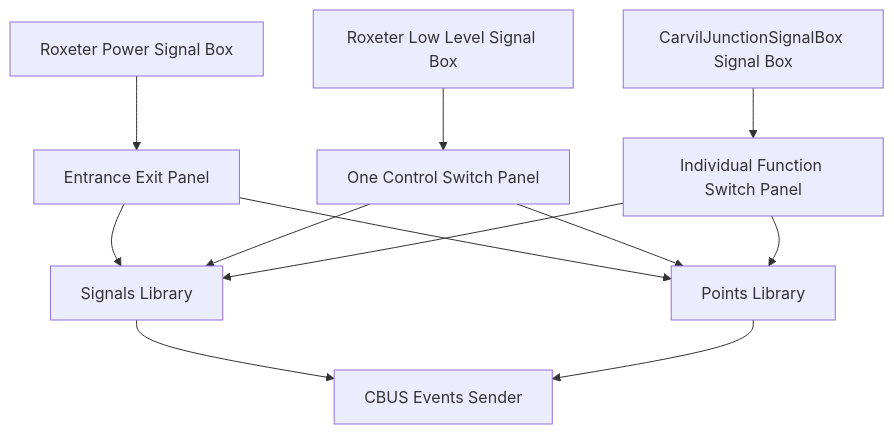
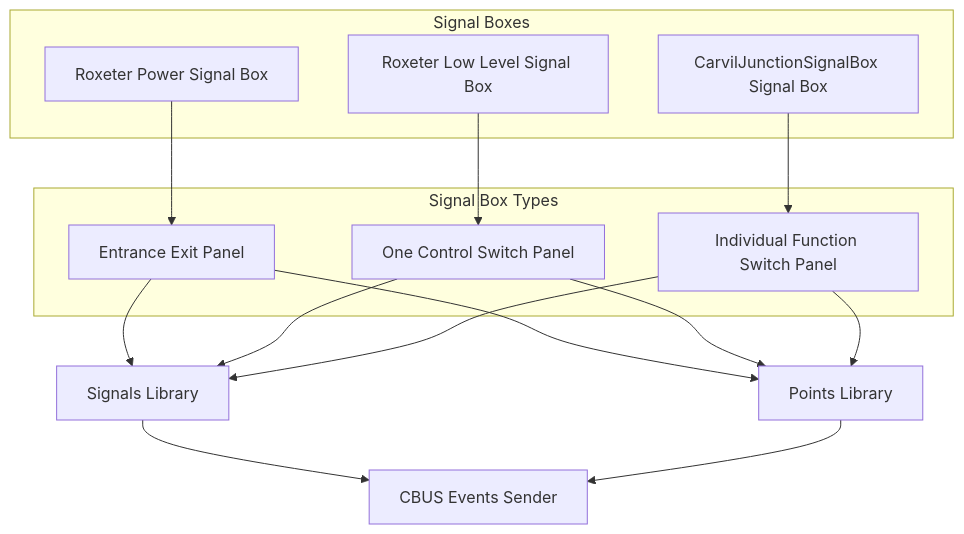
Before and after one commit to NickLocke/RoxeterModelRailway: the diagram in ArduinoLibraries/README.md, drawn with Mermaid.

Commit message:
Take two

```diff
--- a/ArduinoLibraries/README.md
+++ b/ArduinoLibraries/README.md
@@ -7,30 +7,34 @@
 <div class="mermaid">
 flowchart TB
 
-    RoxeterPSB[Roxeter Power Signal Box]
-    RoxeterLL[Roxeter Low Level Signal Box]
-    CarvilJunction[CarvilJunctionSignalBox Signal Box]
+    subgraph "Signal Boxes"
+      RoxeterPSB[Roxeter Power Signal Box]
+      RoxeterLL[Roxeter Low Level Signal Box]
+      CarvilJunction[CarvilJunctionSignalBox Signal Box]
+    end
 
-    IFSpanel[Individual Function Switch Panel]
-    OCSpanel[One Control Switch Panel]
-    NXpanel[Entrance Exit Panel]
+    subgraph "Signal Box Types"
+      IFSpanel[Individual Function Switch Panel]
+      OCSpanel[One Control Switch Panel]
+      NXpanel[Entrance Exit Panel]
+    end
 
     RoxSignals[Signals Library]
     RoxPoints[Points Library]
     RoxEventSender[CBUS Events Sender]
 
     RoxeterPSB --> NXpanel
     RoxeterLL --> OCSpanel
     CarvilJunction --> IFSpanel
 
     NXpanel --> RoxSignals
     OCSpanel --> RoxSignals
     IFSpanel --> RoxSignals
 
     NXpanel --> RoxPoints
     OCSpanel --> RoxPoints
     IFSpanel --> RoxPoints
 
     RoxSignals --> RoxEventSender
     RoxPoints --> RoxEventSender
 </div>
```
